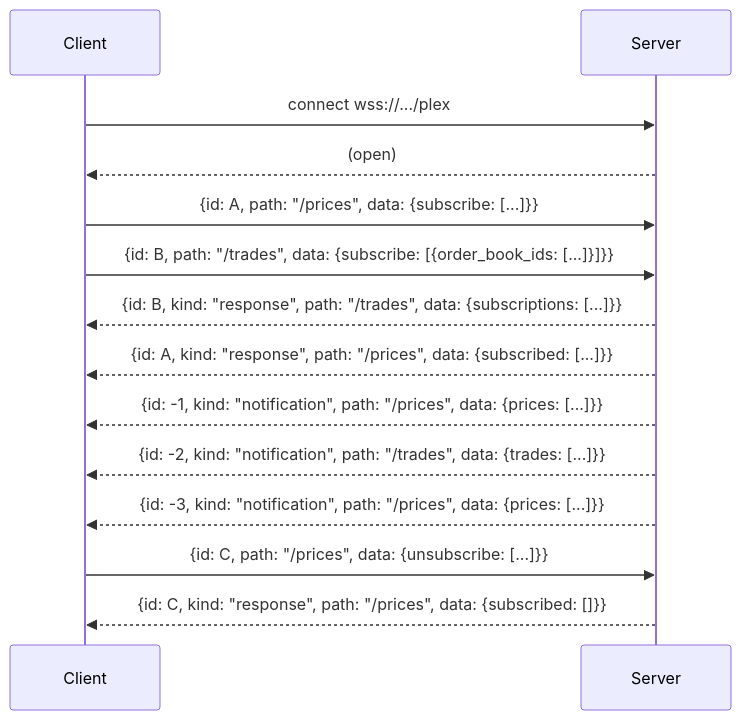
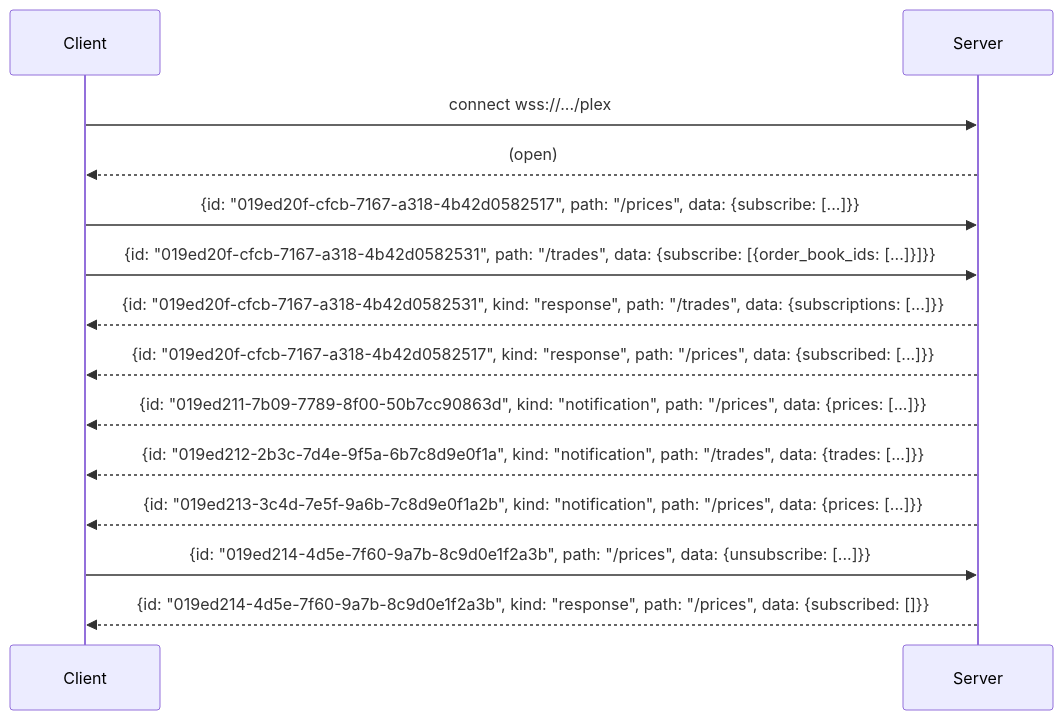
One commit to dora-network/dora-api-docs changed the first of 2 diagrams in multiplex-websocket/README.md. Above: the diagram before and after it, drawn with Mermaid. The commit also changed other lines of this file and 5 other files, not shown here.

````diff
--- a/multiplex-websocket/README.md
+++ b/multiplex-websocket/README.md
@@ -127,21 +127,21 @@
 ```mermaid
 sequenceDiagram
     participant C as Client
     participant S as Server
 
     C->>S: connect wss://.../plex
     S-->>C: (open)
 
-    C->>S: {id: A, path: "/prices",  data: {subscribe: [...]}}
-    C->>S: {id: B, path: "/trades",  data: {subscribe: [{order_book_ids: [...]}]}}
+    C->>S: {id: "019ed20f-cfcb-7167-a318-4b42d0582517", path: "/prices",  data: {subscribe: [...]}}
+    C->>S: {id: "019ed20f-cfcb-7167-a318-4b42d0582531", path: "/trades",  data: {subscribe: [{order_book_ids: [...]}]}}
 
-    S-->>C: {id: B, kind: "response", path: "/trades",  data: {subscriptions: [...]}}
-    S-->>C: {id: A, kind: "response", path: "/prices", data: {subscribed: [...]}}
+    S-->>C: {id: "019ed20f-cfcb-7167-a318-4b42d0582531", kind: "response", path: "/trades",  data: {subscriptions: [...]}}
+    S-->>C: {id: "019ed20f-cfcb-7167-a318-4b42d0582517", kind: "response", path: "/prices", data: {subscribed: [...]}}
 
-    S-->>C: {id: -1, kind: "notification", path: "/prices", data: {prices: [...]}}
-    S-->>C: {id: -2, kind: "notification", path: "/trades", data: {trades: [...]}}
-    S-->>C: {id: -3, kind: "notification", path: "/prices", data: {prices: [...]}}
+    S-->>C: {id: "019ed211-7b09-7789-8f00-50b7cc90863d", kind: "notification", path: "/prices", data: {prices: [...]}}
+    S-->>C: {id: "019ed212-2b3c-7d4e-9f5a-6b7c8d9e0f1a", kind: "notification", path: "/trades", data: {trades: [...]}}
+    S-->>C: {id: "019ed213-3c4d-7e5f-9a6b-7c8d9e0f1a2b", kind: "notification", path: "/prices", data: {prices: [...]}}
 
-    C->>S: {id: C, path: "/prices", data: {unsubscribe: [...]}}
-    S-->>C: {id: C, kind: "response", path: "/prices", data: {subscribed: []}}
+    C->>S: {id: "019ed214-4d5e-7f60-9a7b-8c9d0e1f2a3b", path: "/prices", data: {unsubscribe: [...]}}
+    S-->>C: {id: "019ed214-4d5e-7f60-9a7b-8c9d0e1f2a3b", kind: "response", path: "/prices", data: {subscribed: []}}
 ```
````
